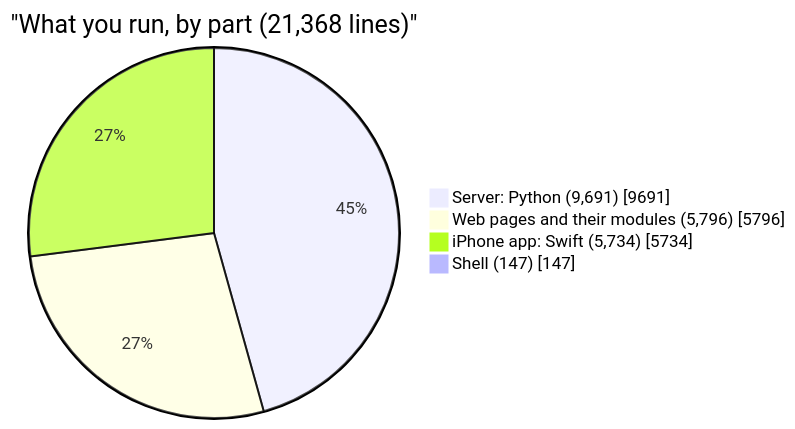
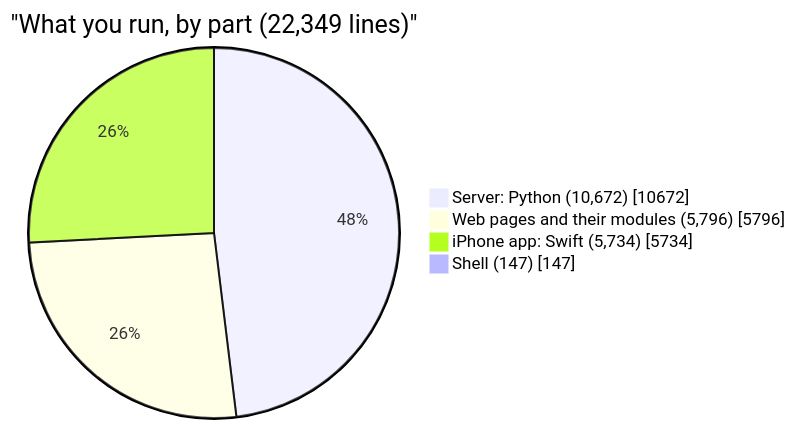
One commit to jflam/photo-estate changed the first of 2 diagrams in docs/book/02-code-tour.md. Above: the diagram before and after it, drawn with Mermaid. The commit also changed other lines of this file and 28 other files, not shown here.

````diff
--- a/docs/book/02-code-tour.md
+++ b/docs/book/02-code-tour.md
@@ -26,7 +26,7 @@
 ```mermaid
-pie showData title "What you run, by part (21,368 lines)"
-    "Server: Python (9,691)" : 9691
+pie showData title "What you run, by part (22,349 lines)"
+    "Server: Python (10,672)" : 10672
     "Web pages and their modules (5,796)" : 5796
     "iPhone app: Swift (5,734)" : 5734
     "Shell (147)" : 147
 ```
````
